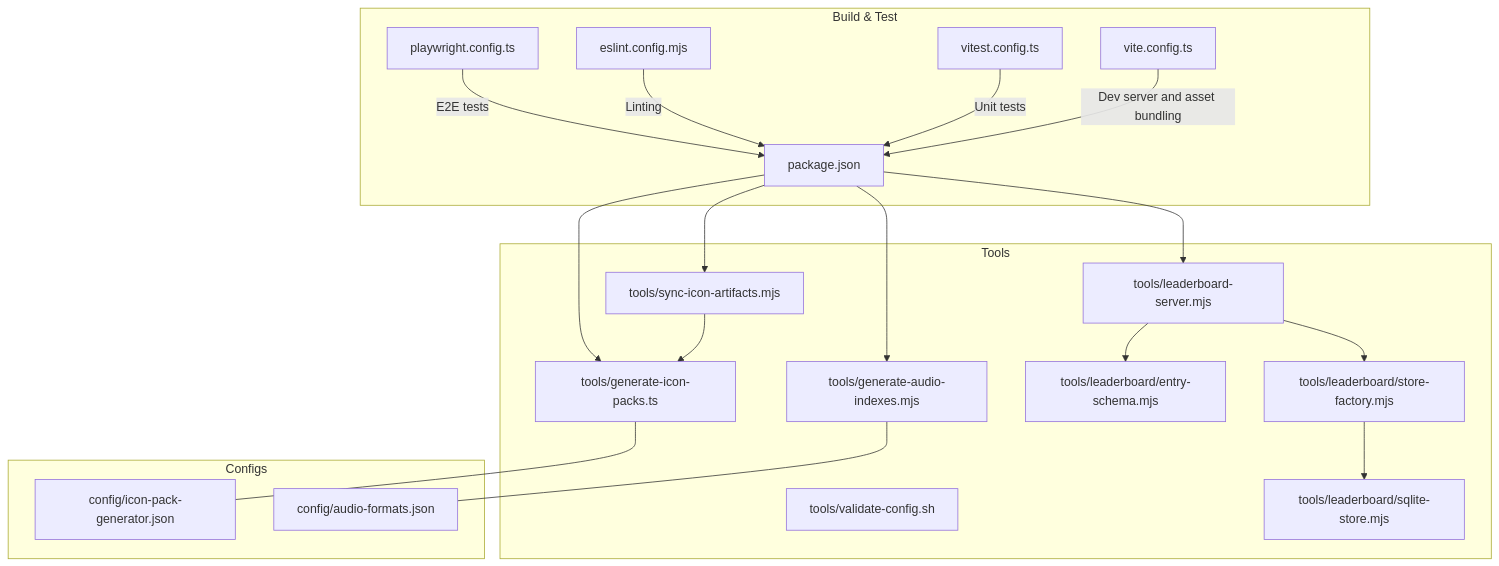
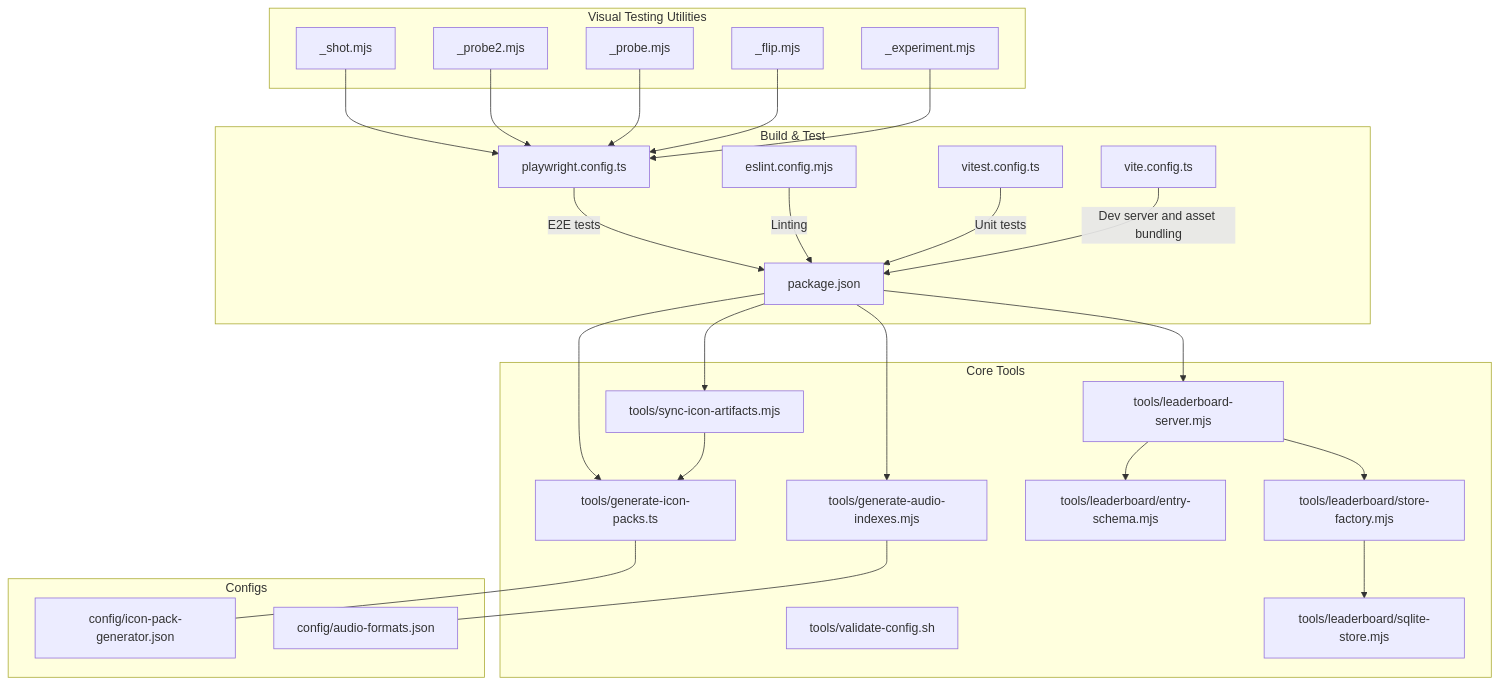
One commit to satyrlord/mb changed the first of 13 diagrams in .qoder/repowiki/en/content/Development Tools and Utilities/Development Tools and Utilities.md. Above: the diagram before and after it, drawn with Mermaid. The commit also changed other lines of this file and 26 other files, not shown here.

````diff
--- a/.qoder/repowiki/en/content/Development Tools and Utilities/Development Tools and Utilities.md
+++ b/.qoder/repowiki/en/content/Development Tools and Utilities/Development Tools and Utilities.md
@@ -47,38 +62,50 @@
 ```mermaid
 graph TB
-subgraph "Tools"
+subgraph "Core Tools"
 GIP["tools/generate-icon-packs.ts"]
 GAI["tools/generate-audio-indexes.mjs"]
 SIA["tools/sync-icon-artifacts.mjs"]
 VCFG["tools/validate-config.sh"]
 LBS["tools/leaderboard-server.mjs"]
 LBSCH["tools/leaderboard/entry-schema.mjs"]
 LBSQL["tools/leaderboard/sqlite-store.mjs"]
 LBSF["tools/leaderboard/store-factory.mjs"]
+end
+subgraph "Visual Testing Utilities"
+EXP["_experiment.mjs"]
+FLIP["_flip.mjs"]
+PROBE["_probe.mjs"]
+PROBE2["_probe2.mjs"]
+SHOT["_shot.mjs"]
 end
 subgraph "Configs"
 CFG1["config/icon-pack-generator.json"]
 CFG2["config/audio-formats.json"]
 end
 subgraph "Build & Test"
 PKG["package.json"]
 VITE["vite.config.ts"]
 VITEST["vitest.config.ts"]
 ESLINT["eslint.config.mjs"]
 PW["playwright.config.ts"]
 end
 GIP --- CFG1
 GAI --- CFG2
 SIA --> GIP
 LBS --> LBSCH
 LBS --> LBSF
 LBSF --> LBSQL
 PKG --> GIP
 PKG --> GAI
 PKG --> SIA
 PKG --> LBS
+EXP --> PW
+FLIP --> PW
+PROBE --> PW
+PROBE2 --> PW
+SHOT --> PW
 VITE --> |"Dev server and asset bundling"| PKG
 VITEST --> |"Unit tests"| PKG
 ESLINT --> |"Linting"| PKG
 PW --> |"E2E tests"| PKG
 ```
````
